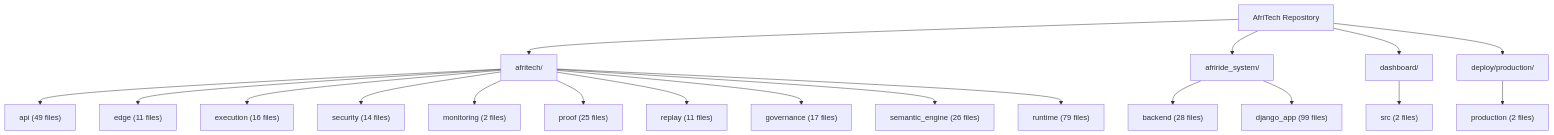
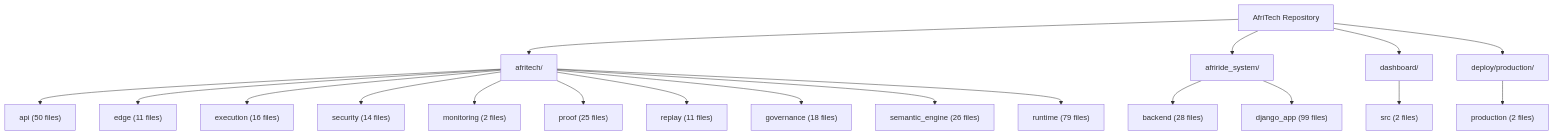
The second of 2 diagrams in docs/architecture/AFRITECH_FULL_ARCHITECTURE_GRAPH.md (Strelly2023/afritelematics), drawn with Mermaid before and after one commit. The commit also changed other lines of this file and 2 other files, not shown here.

````diff
--- a/docs/architecture/AFRITECH_FULL_ARCHITECTURE_GRAPH.md
+++ b/docs/architecture/AFRITECH_FULL_ARCHITECTURE_GRAPH.md
@@ -64,23 +64,23 @@
 ```mermaid
 flowchart TD
     Root["AfriTech Repository"] --> Core["afritech/"]
     Root --> Ride["afriride_system/"]
     Root --> Ui["dashboard/"]
     Root --> Deploy["deploy/production/"]
 
-    Core --> Api["api (49 files)"]
+    Core --> Api["api (50 files)"]
     Core --> Edge["edge (11 files)"]
     Core --> Execution["execution (16 files)"]
     Core --> Security["security (14 files)"]
     Core --> Monitoring["monitoring (2 files)"]
     Core --> Proof["proof (25 files)"]
     Core --> Replay["replay (11 files)"]
-    Core --> Governance["governance (17 files)"]
+    Core --> Governance["governance (18 files)"]
     Core --> Semantic["semantic_engine (26 files)"]
     Core --> Runtime["runtime (79 files)"]
 
     Ride --> Backend["backend (28 files)"]
     Ride --> Django["django_app (99 files)"]
     Ui --> Dashboard["src (2 files)"]
     Deploy --> Production["production (2 files)"]
 ```
````
